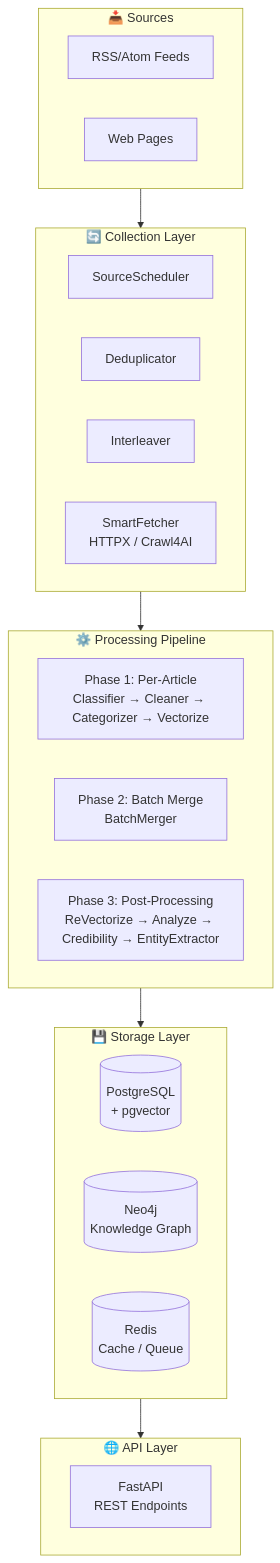
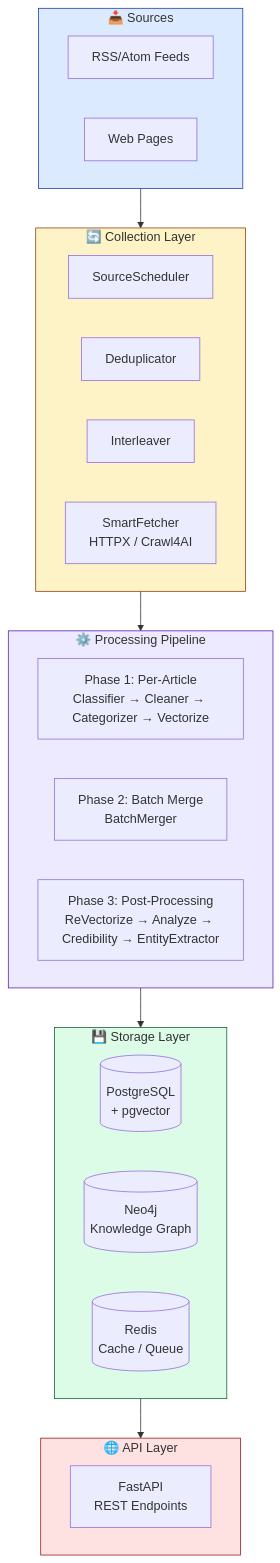
Before and after one commit to Kirky-X/weaver: the first of 2 diagrams in README_EN.md, drawn with Mermaid. The commit also changed other lines of this file and 1 other file, not shown here.

````diff
--- a/README_EN.md
+++ b/README_EN.md
@@ -199,35 +615,41 @@
 ```mermaid
 graph TB
     subgraph Sources ["📥 Sources"]
         A[RSS/Atom Feeds]
         B[Web Pages]
     end
 
     subgraph Collector ["🔄 Collection Layer"]
         C[SourceScheduler]
         D[Deduplicator]
         E[Interleaver]
         F[SmartFetcher<br/>HTTPX / Crawl4AI]
     end
 
     subgraph Pipeline ["⚙️ Processing Pipeline"]
         G[Phase 1: Per-Article<br/>Classifier → Cleaner → Categorizer → Vectorize]
         H[Phase 2: Batch Merge<br/>BatchMerger]
         I[Phase 3: Post-Processing<br/>ReVectorize → Analyze → Credibility → EntityExtractor]
     end
 
     subgraph Storage ["💾 Storage Layer"]
         J[(PostgreSQL<br/>+ pgvector)]
         K[(Neo4j<br/>Knowledge Graph)]
         L[(Redis<br/>Cache / Queue)]
     end
 
     subgraph API ["🌐 API Layer"]
         M[FastAPI<br/>REST Endpoints]
     end
 
     Sources --> Collector
     Collector --> Pipeline
     Pipeline --> Storage
     Storage --> API
+
+    style Sources fill:#DBEAFE,stroke:#1E40AF
+    style Collector fill:#FEF3C7,stroke:#92400E
+    style Pipeline fill:#EDE9FE,stroke:#5B21B6
+    style Storage fill:#DCFCE7,stroke:#166534
+    style API fill:#FEE2E2,stroke:#991B1B
 ```
````
